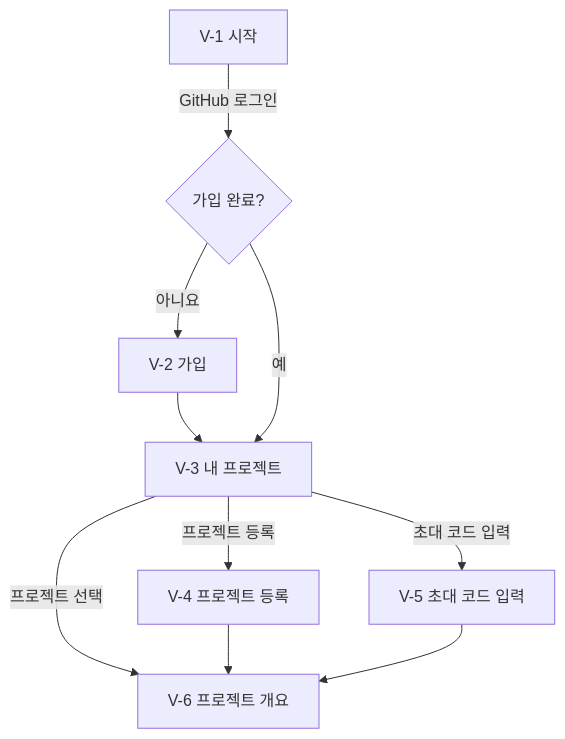
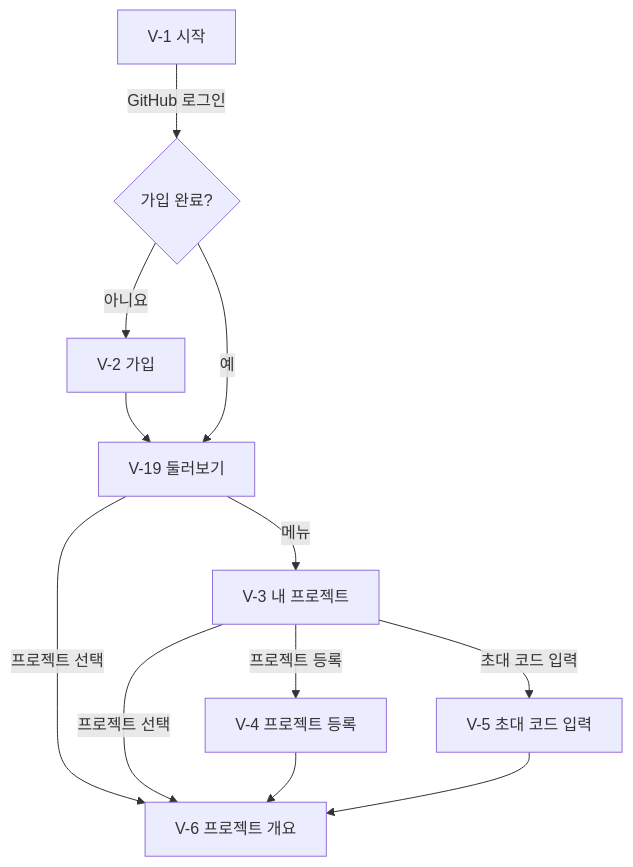
One commit to neru-33/DJUSW-Reposcope changed the first of 3 diagrams in docs/screen-flow.md. Above: the diagram before and after it, drawn with Mermaid. The commit also changed other lines of this file and 4 other files, not shown here.

````diff
--- a/docs/screen-flow.md
+++ b/docs/screen-flow.md
@@ -57,12 +61,14 @@
 ```mermaid
 flowchart TD
     A[V-1 시작] -->|GitHub 로그인| B{가입 완료?}
     B -->|아니요| C[V-2 가입]
-    C --> D[V-3 내 프로젝트]
-    B -->|예| D
+    C --> X[V-19 둘러보기]
+    B -->|예| X
+    X -->|메뉴| D[V-3 내 프로젝트]
+    X -->|프로젝트 선택| G[V-6 프로젝트 개요]
     D -->|프로젝트 등록| E[V-4 프로젝트 등록]
     D -->|초대 코드 입력| F[V-5 초대 코드 입력]
-    D -->|프로젝트 선택| G[V-6 프로젝트 개요]
+    D -->|프로젝트 선택| G
     E --> G
     F --> G
 ```
````
